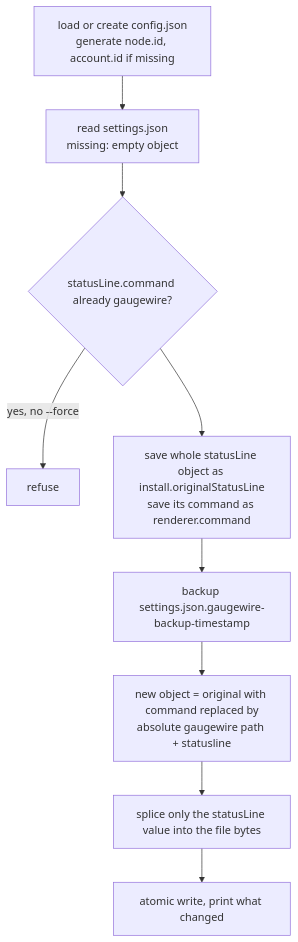
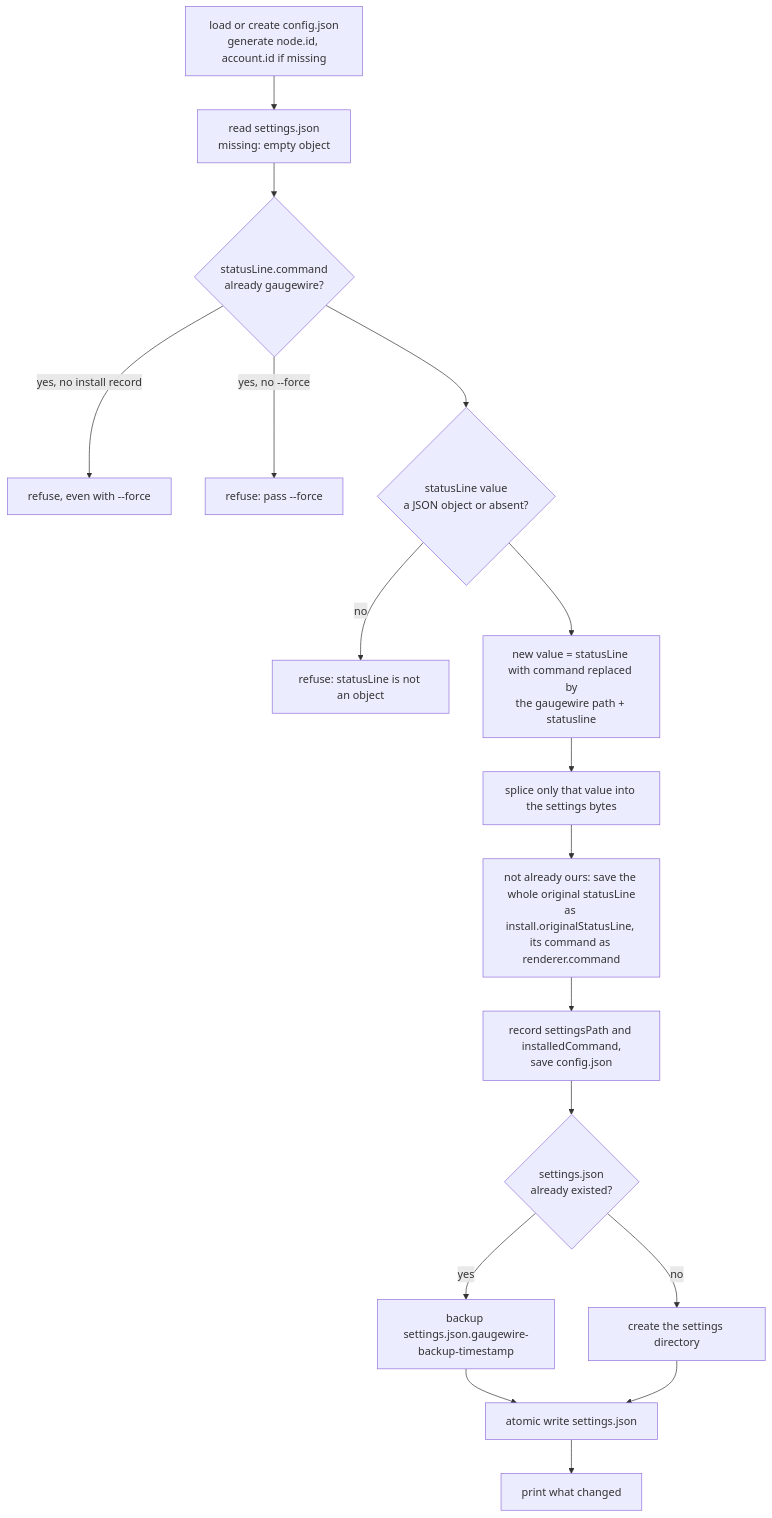
One commit to sulcer/gaugewire changed the diagram in docs/spec/gaugewire/cli-and-install.md. Above: the diagram before and after it, drawn with Mermaid. The commit also changed other lines of this file and 9 other files, not shown here.

````diff
--- a/docs/spec/gaugewire/cli-and-install.md
+++ b/docs/spec/gaugewire/cli-and-install.md
@@ -35,11 +36,19 @@
 ```mermaid
 flowchart TD
     A[load or create config.json<br/>generate node.id, account.id if missing] --> B["read settings.json<br/>missing: empty object"]
-    B --> C{"statusLine.command already gaugewire?"}
-    C -->|yes, no --force| X[refuse]
-    C --> D[save whole statusLine object as install.originalStatusLine<br/>save its command as renderer.command]
-    D --> E[backup settings.json.gaugewire-backup-timestamp]
-    E --> F["new object = original with command replaced by<br/>absolute gaugewire path + statusline"]
-    F --> G[splice only the statusLine value into the file bytes]
-    G --> H[atomic write, print what changed]
+    B --> C{"statusLine.command<br/>already gaugewire?"}
+    C -->|yes, no install record| X1[refuse, even with --force]
+    C -->|yes, no --force| X2[refuse: pass --force]
+    C --> D{"statusLine value<br/>a JSON object or absent?"}
+    D -->|no| X3[refuse: statusLine is not an object]
+    D --> E["new value = statusLine with command replaced by<br/>the gaugewire path + statusline"]
+    E --> F[splice only that value into the settings bytes]
+    F --> G["not already ours: save the whole original statusLine<br/>as install.originalStatusLine, its command as renderer.command"]
+    G --> H[record settingsPath and installedCommand,<br/>save config.json]
+    H --> I{"settings.json<br/>already existed?"}
+    I -->|yes| J[backup settings.json.gaugewire-backup-timestamp]
+    I -->|no| K[create the settings directory]
+    J --> L[atomic write settings.json]
+    K --> L
+    L --> M[print what changed]
 ```
````
